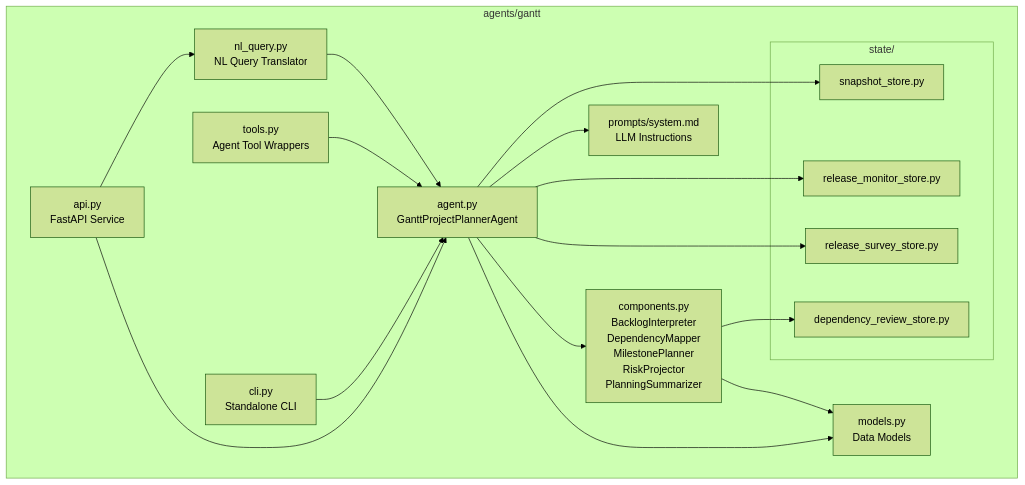
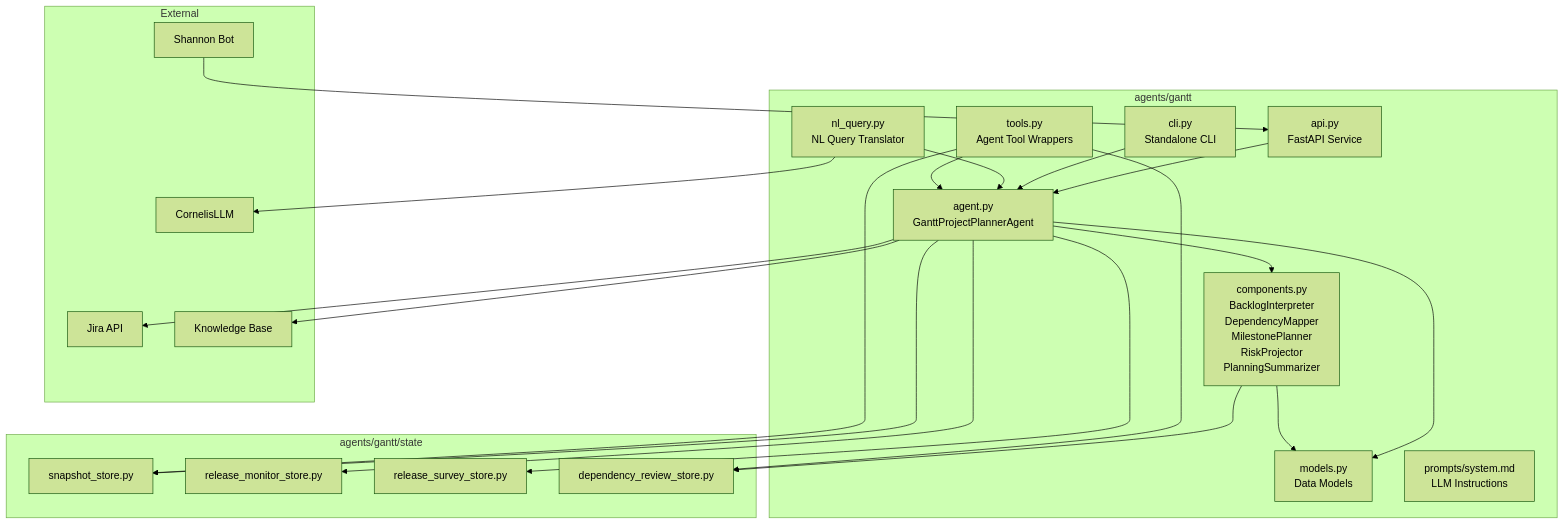
The first of 4 diagrams in docs/agents-gantt.md (jmac-cornelis/agent-workforce), drawn with Mermaid (forest theme) before and after one commit. The commit also changed other lines of this file and 7 other files, not shown here.

````diff
--- a/docs/agents-gantt.md
+++ b/docs/agents-gantt.md
@@ -27,33 +25,45 @@
 ```mermaid
 graph TB
     subgraph "agents/gantt"
+        AGENT["agent.py<br/>GanttProjectPlannerAgent"]
         API["api.py<br/>FastAPI Service"]
         CLI["cli.py<br/>Standalone CLI"]
-        AGENT["agent.py<br/>GanttProjectPlannerAgent"]
-        COMP["components.py<br/>BacklogInterpreter<br/>DependencyMapper<br/>MilestonePlanner<br/>RiskProjector<br/>PlanningSummarizer"]
+        NL["nl_query.py<br/>NL Query Translator"]
+        COMPONENTS["components.py<br/>BacklogInterpreter<br/>DependencyMapper<br/>MilestonePlanner<br/>RiskProjector<br/>PlanningSummarizer"]
         MODELS["models.py<br/>Data Models"]
         TOOLS["tools.py<br/>Agent Tool Wrappers"]
-        NLQ["nl_query.py<br/>NL Query Translator"]
-        PROMPT["prompts/system.md<br/>LLM Instructions"]
-        subgraph "state/"
-            SNAP_STORE["snapshot_store.py"]
-            RM_STORE["release_monitor_store.py"]
-            RS_STORE["release_survey_store.py"]
-            DEP_STORE["dependency_review_store.py"]
-        end
+        PROMPTS["prompts/system.md<br/>LLM Instructions"]
+    end
+
+    subgraph "agents/gantt/state"
+        SNAP_STORE["snapshot_store.py"]
+        RM_STORE["release_monitor_store.py"]
+        RS_STORE["release_survey_store.py"]
+        DR_STORE["dependency_review_store.py"]
+    end
+
+    subgraph "External"
+        JIRA["Jira API"]
+        LLM["CornelisLLM"]
+        SHANNON["Shannon Bot"]
+        KNOWLEDGE["Knowledge Base"]
     end
 
     API --> AGENT
-    API --> NLQ
     CLI --> AGENT
-    TOOLS --> AGENT
-    AGENT --> COMP
+    NL --> AGENT
+    NL --> LLM
+    AGENT --> COMPONENTS
     AGENT --> MODELS
+    COMPONENTS --> MODELS
     AGENT --> SNAP_STORE
     AGENT --> RM_STORE
     AGENT --> RS_STORE
-    COMP --> DEP_STORE
-    COMP --> MODELS
-    NLQ --> AGENT
-    AGENT --> PROMPT
+    COMPONENTS --> DR_STORE
+    AGENT --> JIRA
+    AGENT --> KNOWLEDGE
+    TOOLS --> AGENT
+    TOOLS --> SNAP_STORE
+    TOOLS --> DR_STORE
+    SHANNON --> API
 ```
````
